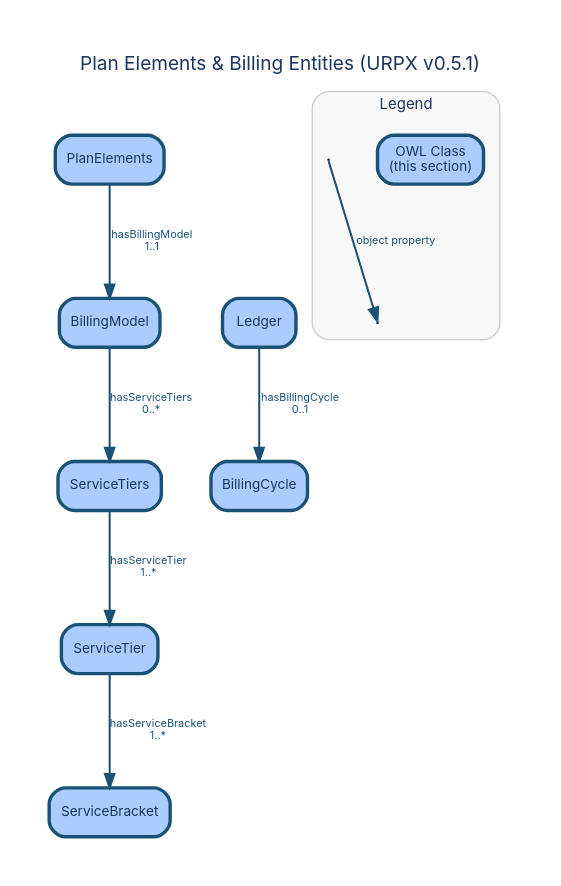
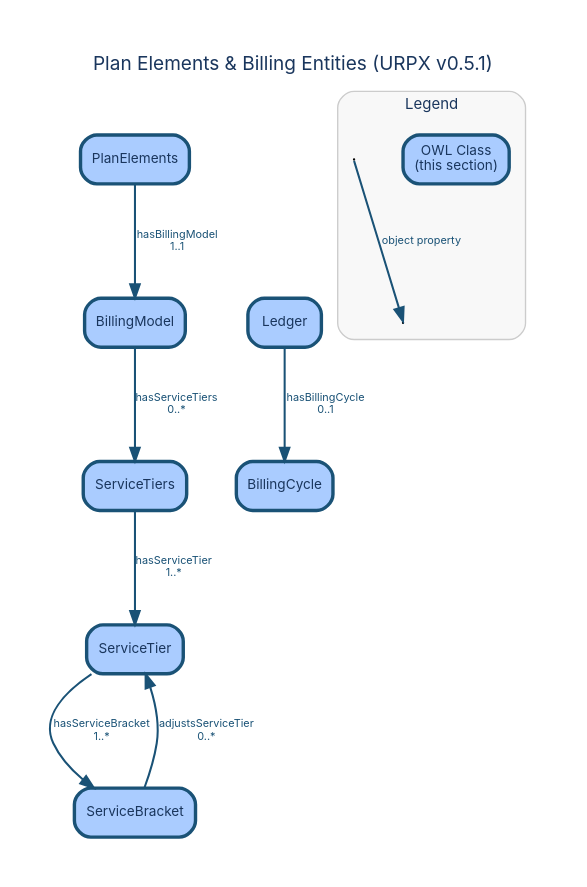
One commit to urpx-org/urpx changed the diagram in documentation/diagrams/dictionary/plan-elements-billing-entities.dot. Above: the diagram before and after it, drawn with Graphviz. The commit also changed 4 other files, not shown here.

```diff
--- a/documentation/diagrams/dictionary/plan-elements-billing-entities.dot
+++ b/documentation/diagrams/dictionary/plan-elements-billing-entities.dot
@@ -1,83 +1,86 @@
 digraph "Plan Elements & Billing Entities" {
     rankdir=TB;
     bgcolor="white";
     pad=0.4;
     nodesep=0.5;
     ranksep=0.9;
     fontname="Inter, Helvetica, Arial, sans-serif";
     label="Plan Elements & Billing Entities (URPX v0.5.1)";
     labelloc="t";
     fontsize=14;
     fontcolor="#1a365d";
     node [fontname="Inter, Helvetica, Arial, sans-serif", fontsize=10, style=filled, fontcolor="#1a365d"];
     edge [fontname="Inter, Helvetica, Arial, sans-serif", fontsize=8, fontcolor="#1a365d"];
 
     // Section classes
     PlanElements [
         label="PlanElements"
         shape=box, style="filled,rounded", fillcolor="#aaccff", color="#1a5276", penwidth=2.5
     ];
     BillingModel [
         label="BillingModel"
         shape=box, style="filled,rounded", fillcolor="#aaccff", color="#1a5276", penwidth=2.5
     ];
     BillingCycle [
         label="BillingCycle"
         shape=box, style="filled,rounded", fillcolor="#aaccff", color="#1a5276", penwidth=2.5
     ];
     Ledger [
         label="Ledger"
         shape=box, style="filled,rounded", fillcolor="#aaccff", color="#1a5276", penwidth=2.5
     ];
     ServiceTier [
         label="ServiceTier"
         shape=box, style="filled,rounded", fillcolor="#aaccff", color="#1a5276", penwidth=2.5
     ];
     ServiceTiers [
         label="ServiceTiers"
         shape=box, style="filled,rounded", fillcolor="#aaccff", color="#1a5276", penwidth=2.5
     ];
     ServiceBracket [
         label="ServiceBracket"
         shape=box, style="filled,rounded", fillcolor="#aaccff", color="#1a5276", penwidth=2.5
     ];
 
     // Object property edges
     PlanElements -> BillingModel [
         label="hasBillingModel\n1..1", color="#1a5276", fontcolor="#1a5276", penwidth=1.5, weight=10
     ];
     BillingModel -> ServiceTiers [
         label="hasServiceTiers\n0..*", color="#1a5276", fontcolor="#1a5276", penwidth=1.5, weight=8
     ];
     Ledger -> BillingCycle [
         label="hasBillingCycle\n0..1", color="#1a5276", fontcolor="#1a5276", penwidth=1.5
     ];
     ServiceTier -> ServiceBracket [
         label="hasServiceBracket\n1..*", color="#1a5276", fontcolor="#1a5276", penwidth=1.5
     ];
     ServiceTiers -> ServiceTier [
         label="hasServiceTier\n1..*", color="#1a5276", fontcolor="#1a5276", penwidth=1.5, weight=8
     ];
+    ServiceBracket -> ServiceTier [
+        label="adjustsServiceTier\n0..*", color="#1a5276", fontcolor="#1a5276", penwidth=1.5
+    ];
 
     // Layout-specified rank groups
     { rank=same; PlanElements; }
     { rank=same; BillingModel; Ledger; }
     { rank=same; BillingCycle; ServiceTiers; }
     { rank=same; ServiceTier; }
 
     subgraph cluster_legend {
         label="Legend";
         fontname="Inter, Helvetica, Arial, sans-serif";
         fontsize=11;
         fontcolor="#1a365d";
         style=rounded;
         color="#cccccc";
         bgcolor="#f8f8f8";
         margin=12;
 
         leg_class [label="OWL Class\n(this section)", shape=box, style="filled,rounded", fillcolor="#aaccff", color="#1a5276", penwidth=2.5];
         leg_src [label=" ", shape=point, width=0.01];
         leg_tgt1 [label=" ", shape=point, width=0.01];
         leg_src -> leg_tgt1 [label="object property", color="#1a5276", fontcolor="#1a5276", penwidth=1.5];
     }
 }
```
